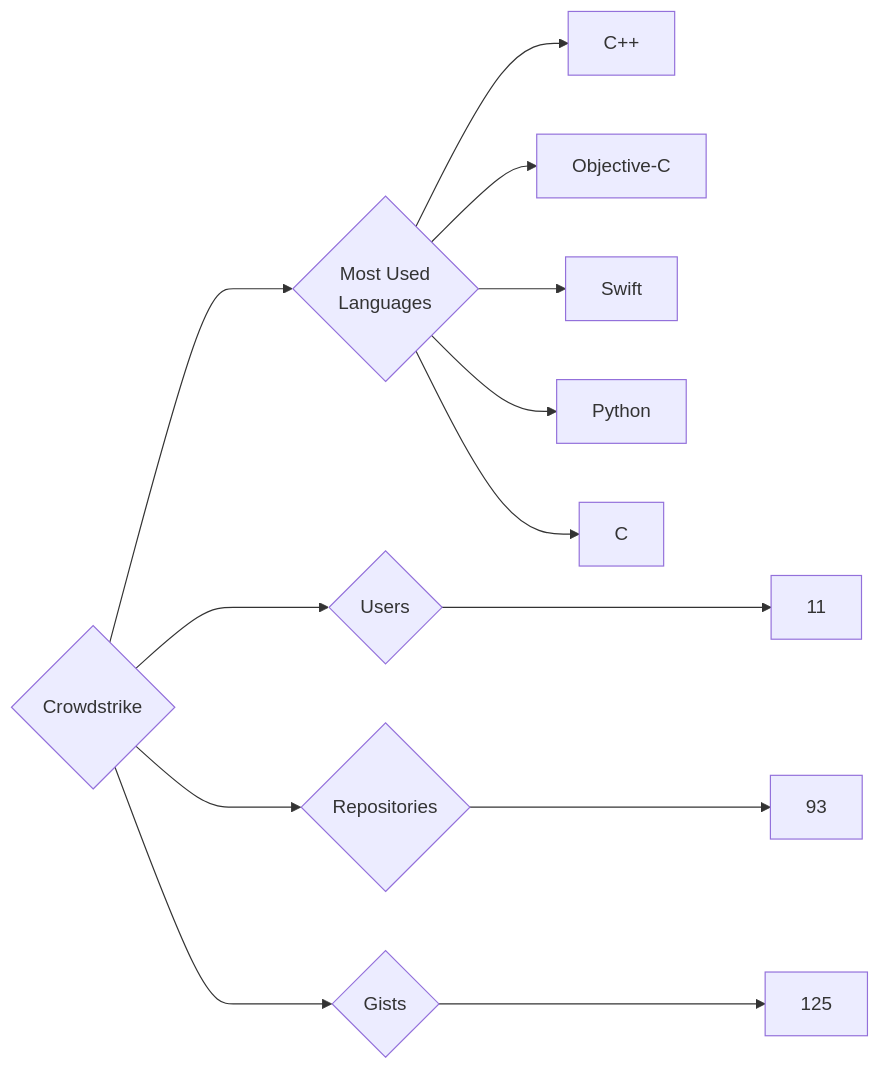
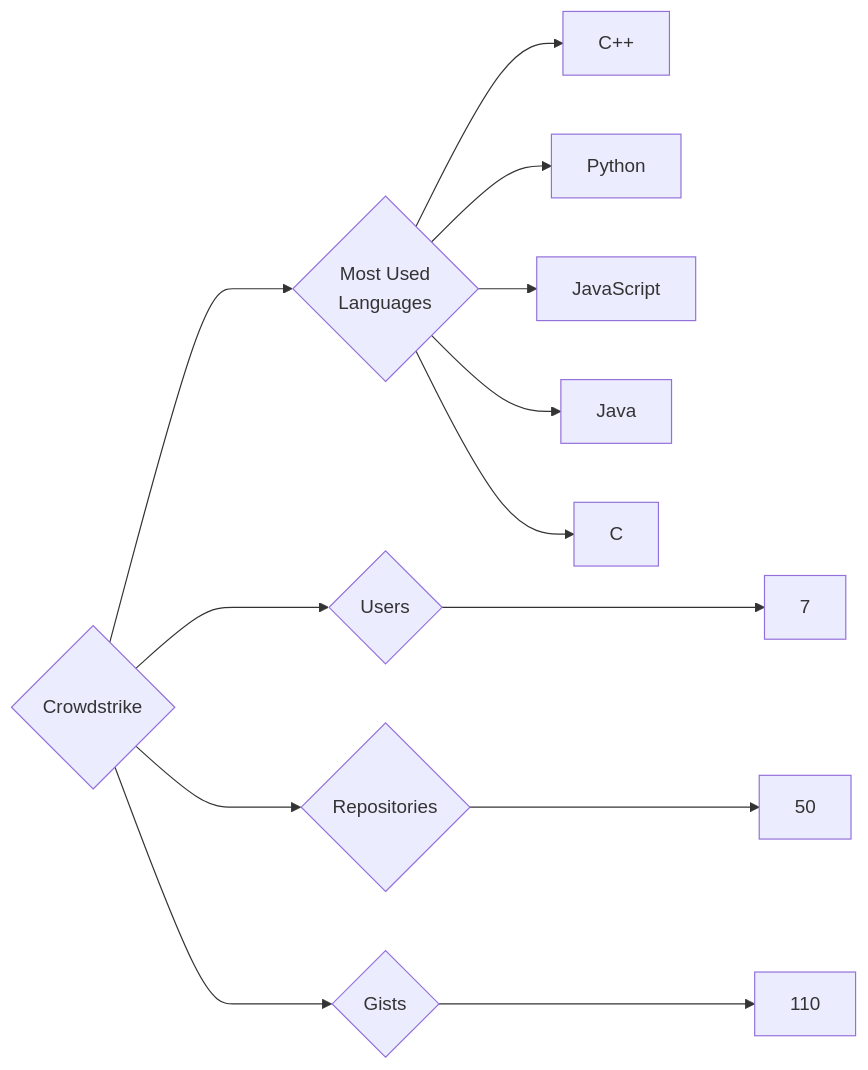
One commit to trickest/insiders changed the diagram in targets/Crowdstrike/README.md. Above: the diagram before and after it, drawn with Mermaid. The commit also changed 993 other files, not shown here.

````diff
--- a/targets/Crowdstrike/README.md
+++ b/targets/Crowdstrike/README.md
@@ -3,13 +3,13 @@
 ```mermaid
 graph LR
 COMPANY_NAME{Crowdstrike}
-COMPANY_NAME ---> U{Users} ---> UN[11]
-COMPANY_NAME ---> R{Repositories} ---> RN[93]
-COMPANY_NAME ---> G{Gists} ---> GN[125]
+COMPANY_NAME ---> U{Users} ---> UN[7]
+COMPANY_NAME ---> R{Repositories} ---> RN[50]
+COMPANY_NAME ---> G{Gists} ---> GN[110]
 COMPANY_NAME ---> ML{Most Used<br>Languages}
 ML --> C++[C++]
-ML --> Objective-C[Objective-C]
-ML --> Swift[Swift]
 ML --> Python[Python]
+ML --> JavaScript[JavaScript]
+ML --> Java[Java]
 ML --> C[C]
 ```
````
